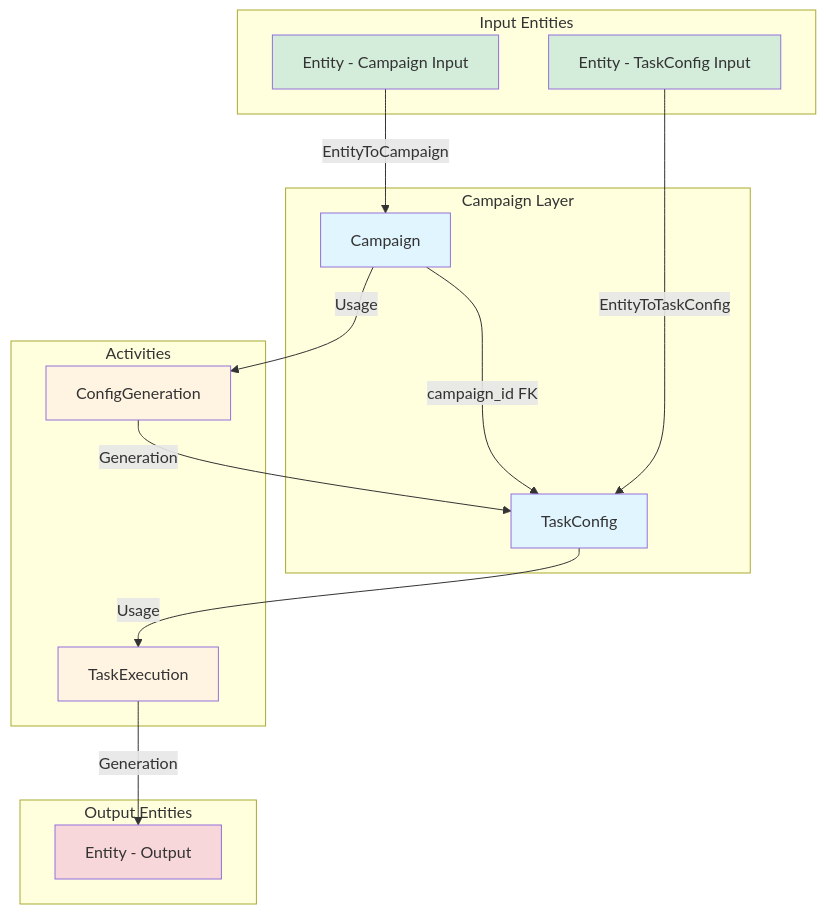
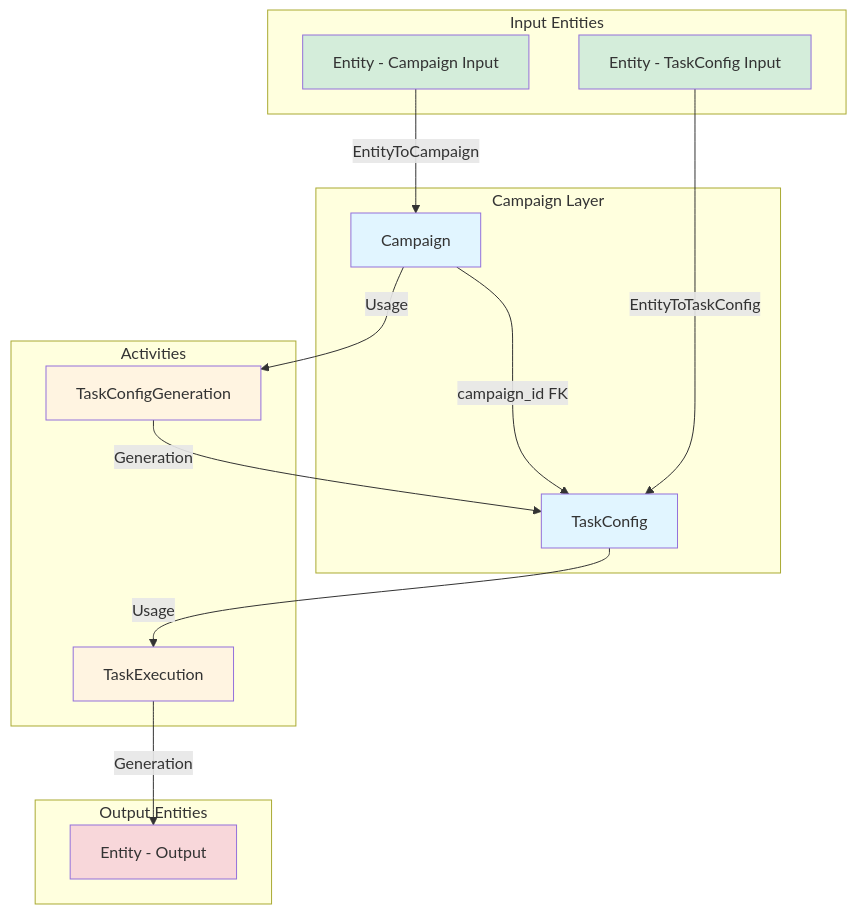
The first of 2 diagrams in docs/campaign-models-diagram.md (openbraininstitute/entitycore), drawn with Mermaid before and after one commit. The commit also changed other lines of this file and 19 other files, not shown here.

Commit message:
Add schemas, filters, services, routers

````diff
--- a/docs/campaign-models-diagram.md
+++ b/docs/campaign-models-diagram.md
@@ -3,39 +3,39 @@
 ```mermaid
 flowchart TD
     subgraph Input["Input Entities"]
         EIn1[Entity - Campaign Input]
         EIn2[Entity - TaskConfig Input]
     end
 
     subgraph Campaign_Layer["Campaign Layer"]
         C[Campaign]
         TC[TaskConfig]
     end
 
     subgraph Activities
-        CG[ConfigGeneration]
+        CG[TaskConfigGeneration]
         TE[TaskExecution]
     end
 
     subgraph Output["Output Entities"]
         EOut[Entity - Output]
     end
 
     EIn1 -->|EntityToCampaign| C
     EIn2 -->|EntityToTaskConfig| TC
     C -->|campaign_id FK| TC
 
     C -->|Usage| CG
     CG -->|Generation| TC
 
     TC -->|Usage| TE
     TE -->|Generation| EOut
 
     style C fill:#e1f5ff
     style TC fill:#e1f5ff
     style EIn1 fill:#d4edda
     style EIn2 fill:#d4edda
     style EOut fill:#f8d7da
     style CG fill:#fff4e1
     style TE fill:#fff4e1
 ```
````
